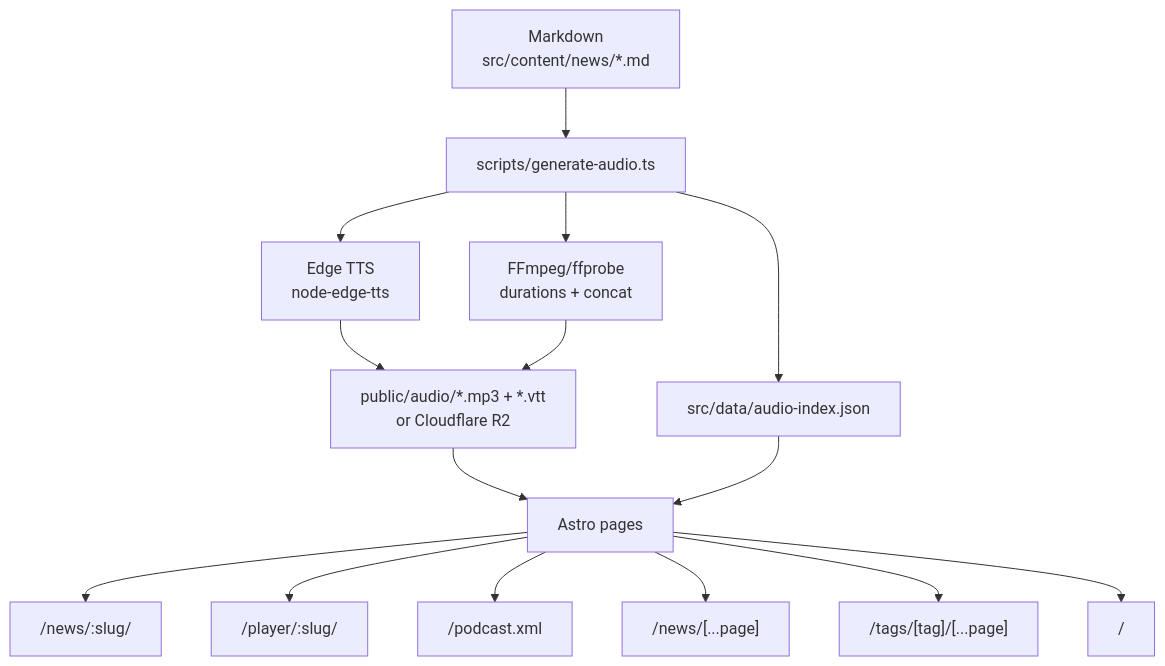
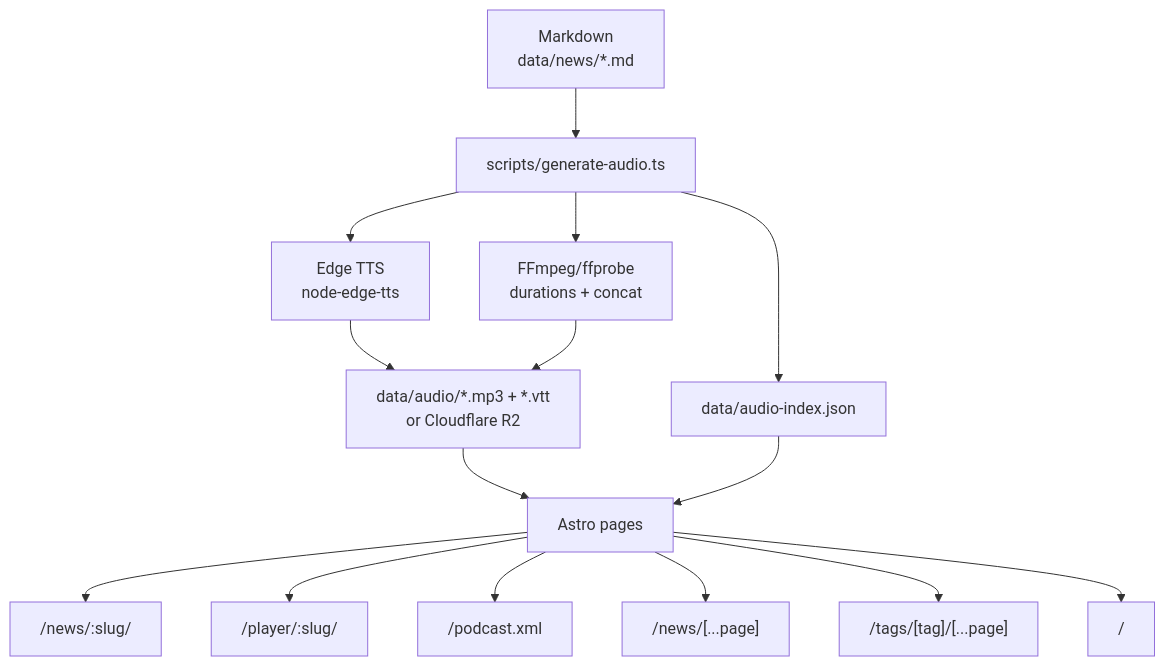
One commit to rgaidot/hnpaper-news changed the first of 4 diagrams in README.md. Above: the diagram before and after it, drawn with Mermaid. The commit also changed other lines of this file and 109 other files, not shown here.

Commit message:
refactor: separate code from content by moving data to /data directory (content layer)

````diff
--- a/README.md
+++ b/README.md
@@ -58,17 +60,17 @@
 ```mermaid
 flowchart TD
-  A[Markdown<br/>src/content/news/*.md] --> B[scripts/generate-audio.ts]
+  A[Markdown<br/>data/news/*.md] --> B[scripts/generate-audio.ts]
   B --> C[Edge TTS<br/>node-edge-tts]
   B --> D[FFmpeg/ffprobe<br/>durations + concat]
-  C --> E[public/audio/*.mp3 + *.vtt<br/>or Cloudflare R2]
+  C --> E[data/audio/*.mp3 + *.vtt<br/>or Cloudflare R2]
   D --> E
-  B --> IDX[src/data/audio-index.json]
+  B --> IDX[data/audio-index.json]
   E --> F[Astro pages]
   IDX --> F
   F --> G["/news/:slug/"]
   F --> H["/player/:slug/"]
   F --> I["/podcast.xml"]
   F --> J["/news/[...page]"]
   F --> K["/tags/[tag]/[...page]"]
   F --> L["/"]
 ```
````
